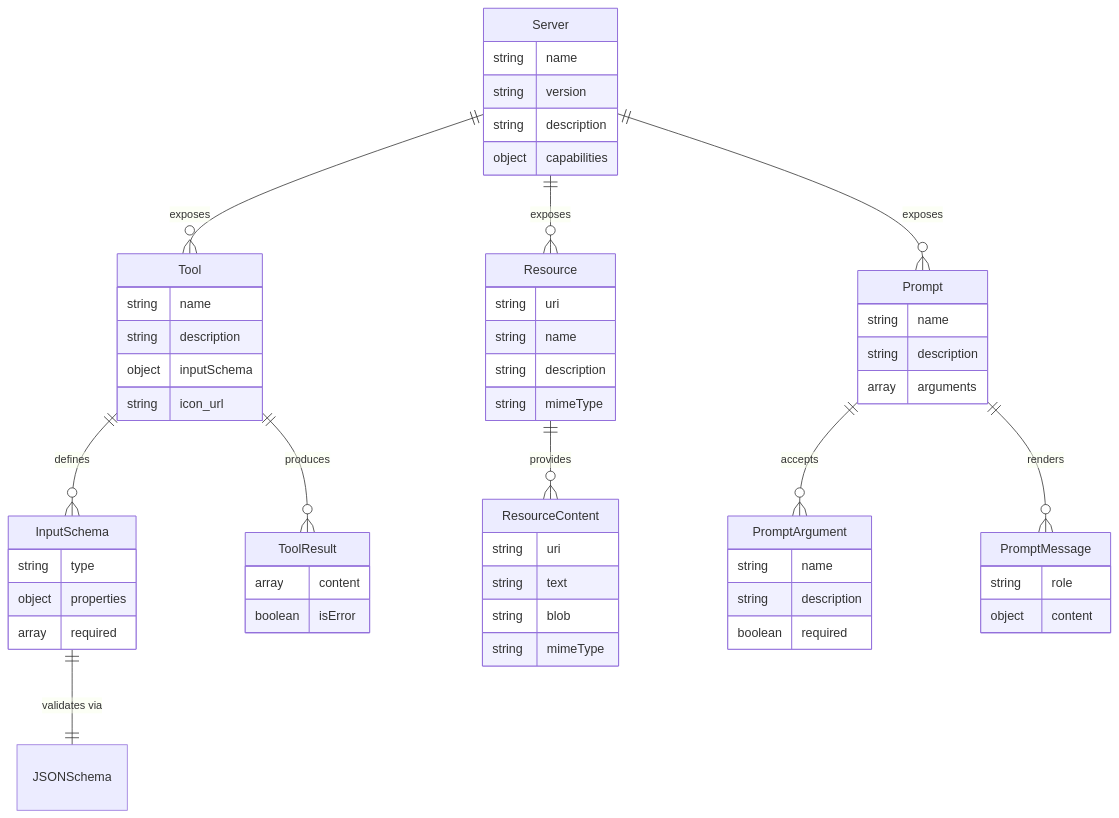
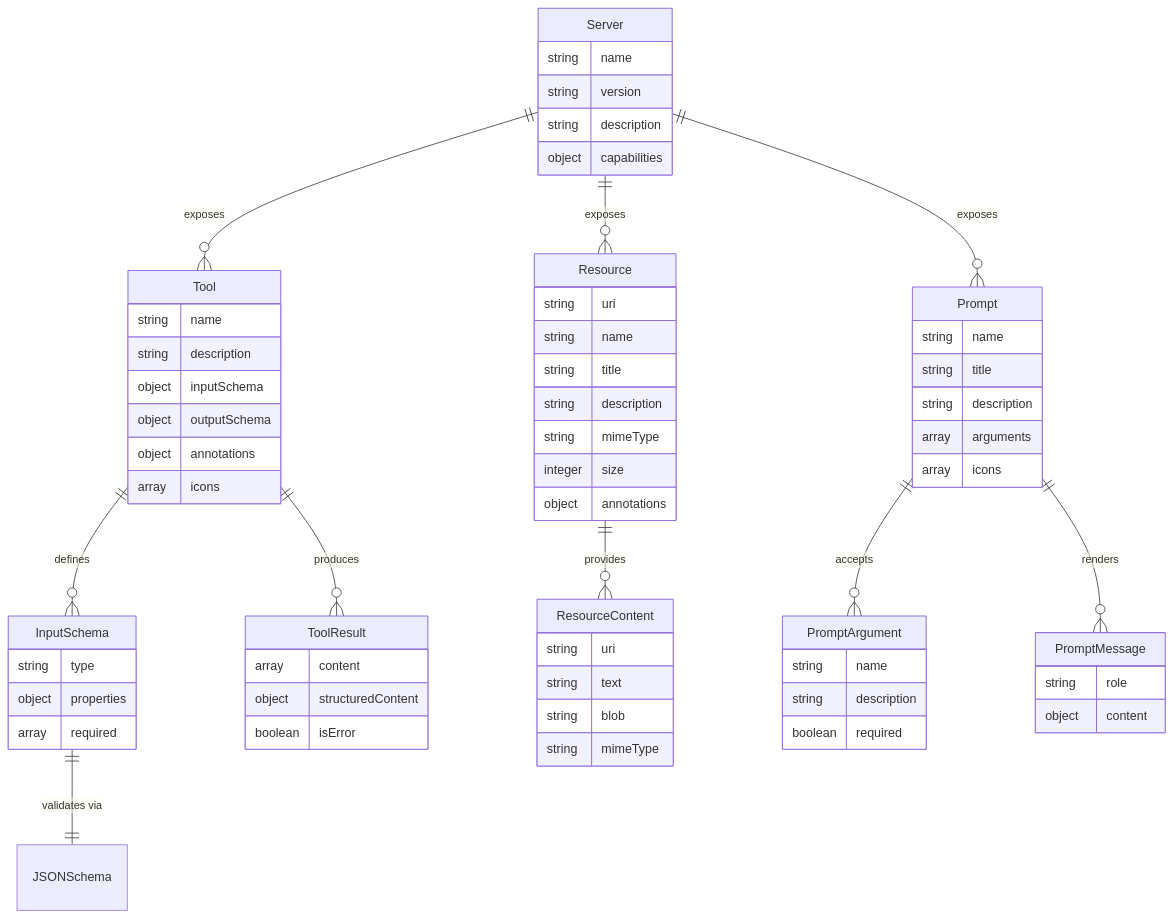
One commit to markbsigler/MCP_Architecture changed the sixth of 12 diagrams in docs/IEEE-42010/AD.md. Above: the diagram before and after it, drawn with Mermaid. The commit also changed other lines of this file, not shown here.

````diff
--- a/docs/IEEE-42010/AD.md
+++ b/docs/IEEE-42010/AD.md
@@ -441,68 +457,76 @@
 ```mermaid
 erDiagram
     Server ||--o{ Tool : exposes
     Server ||--o{ Resource : exposes
     Server ||--o{ Prompt : exposes
     Tool ||--o{ InputSchema : defines
     Tool ||--o{ ToolResult : produces
     Resource ||--o{ ResourceContent : provides
     Prompt ||--o{ PromptArgument : accepts
     Prompt ||--o{ PromptMessage : renders
     InputSchema ||--|| JSONSchema : "validates via"
     
     Server {
         string name
         string version
         string description
         object capabilities
     }
     
     Tool {
         string name
         string description
         object inputSchema
-        string icon_url
+        object outputSchema
+        object annotations
+        array icons
     }
     
     Resource {
         string uri
         string name
+        string title
         string description
         string mimeType
+        integer size
+        object annotations
     }
     
     Prompt {
         string name
+        string title
         string description
         array arguments
+        array icons
     }
     
     InputSchema {
         string type
         object properties
         array required
     }
     
     ToolResult {
         array content
+        object structuredContent
         boolean isError
     }
     
     ResourceContent {
         string uri
         string text
         string blob
         string mimeType
     }
     
     PromptArgument {
         string name
         string description
         boolean required
     }
     
     PromptMessage {
         string role
         object content
     }
 ```
````
